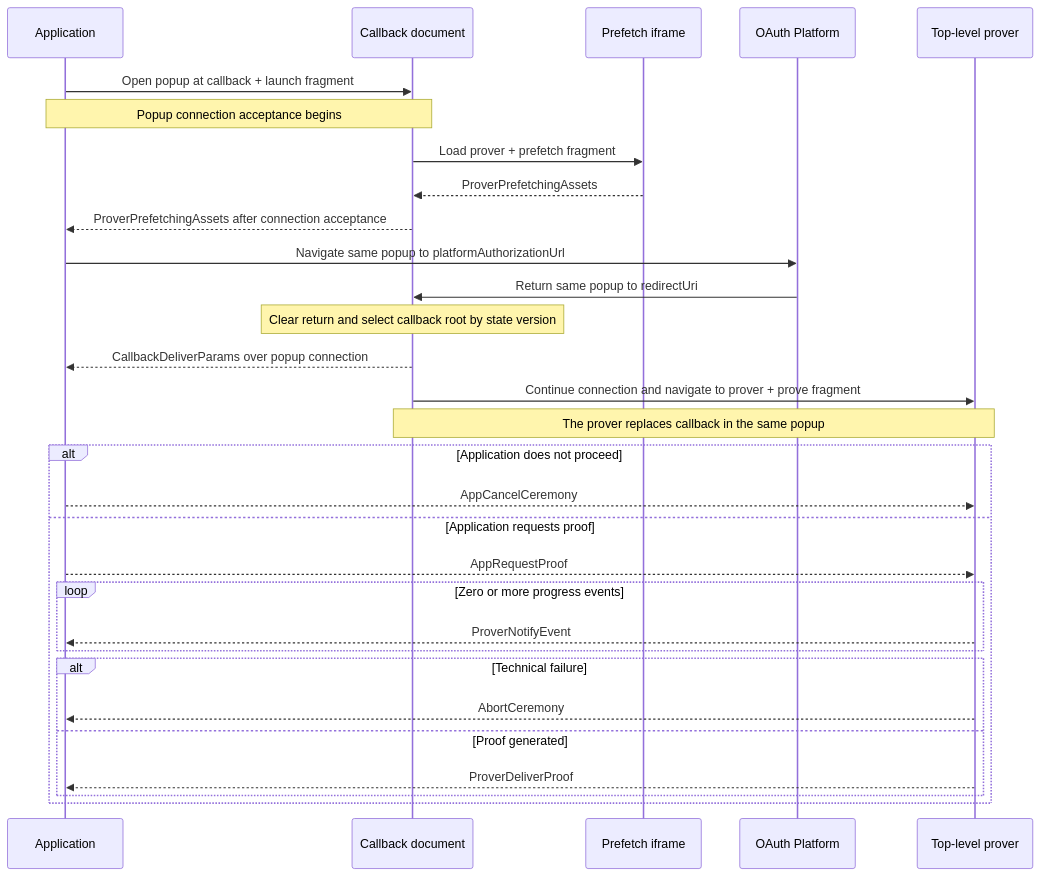
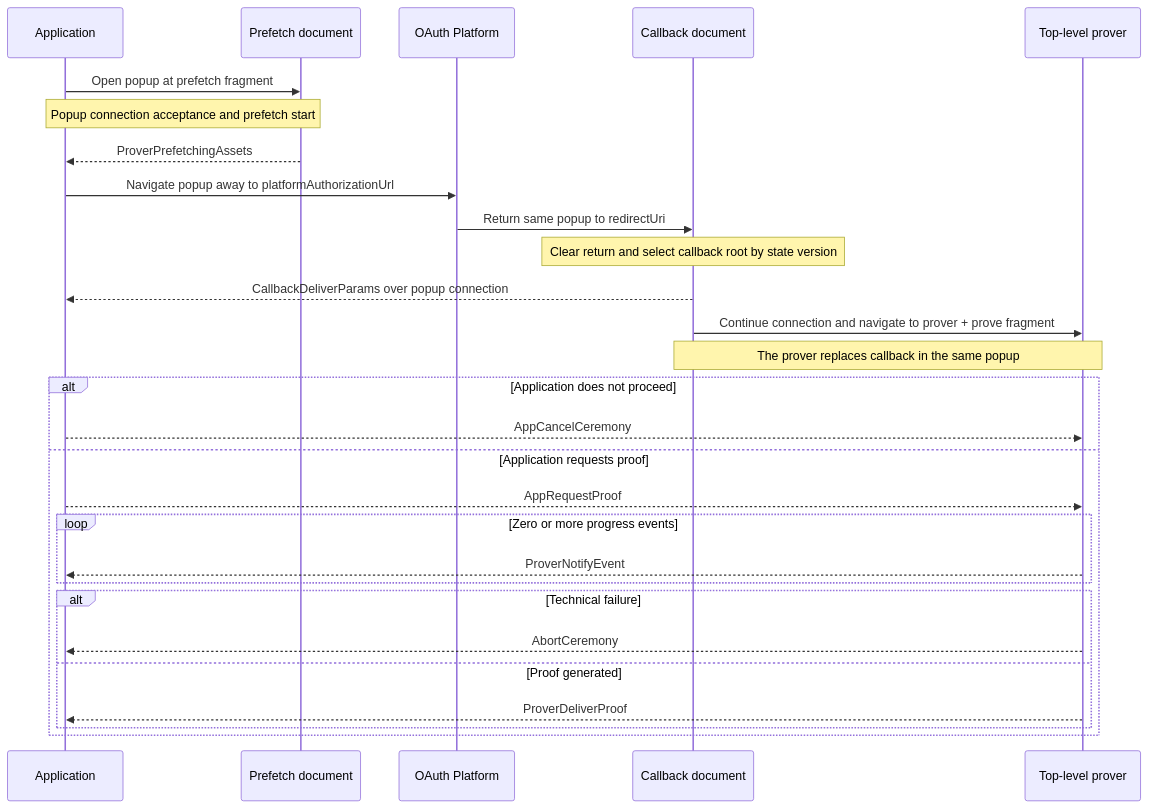
One commit to libid-org/libid changed the diagram in ts/packages/ceremony/CCDP.md. Above: the diagram before and after it, drawn with Mermaid. The commit also changed other lines of this file and 5 other files, not shown here.

Commit message:
docs(ceremony): launch directly into prover prefetch

````diff
--- a/ts/packages/ceremony/CCDP.md
+++ b/ts/packages/ceremony/CCDP.md
@@ -177,33 +176,31 @@
 ```mermaid
 sequenceDiagram
     participant A as Application
+    participant F as Prefetch document
+    participant O as OAuth Platform
     participant C as Callback document
-    participant F as Prefetch iframe
-    participant O as OAuth Platform
     participant P as Top-level prover
 
-    A->>C: Open popup at callback + launch fragment
-    Note over A,C: Popup connection acceptance begins
-    C->>F: Load prover + prefetch fragment
-    F-->>C: ProverPrefetchingAssets
-    C-->>A: ProverPrefetchingAssets after connection acceptance
-    A->>O: Navigate same popup to platformAuthorizationUrl
+    A->>F: Open popup at prefetch fragment
+    Note over A,F: Popup connection acceptance and prefetch start
+    F-->>A: ProverPrefetchingAssets
+    A->>O: Navigate popup away to platformAuthorizationUrl
     O->>C: Return same popup to redirectUri
     Note over C: Clear return and select callback root by state version
     C-->>A: CallbackDeliverParams over popup connection
     C->>P: Continue connection and navigate to prover + prove fragment
     Note over C,P: The prover replaces callback in the same popup
     alt Application does not proceed
         A-->>P: AppCancelCeremony
     else Application requests proof
         A-->>P: AppRequestProof
         loop Zero or more progress events
             P-->>A: ProverNotifyEvent
         end
         alt Technical failure
             P-->>A: AbortCeremony
         else Proof generated
             P-->>A: ProverDeliverProof
         end
     end
 ```
````
